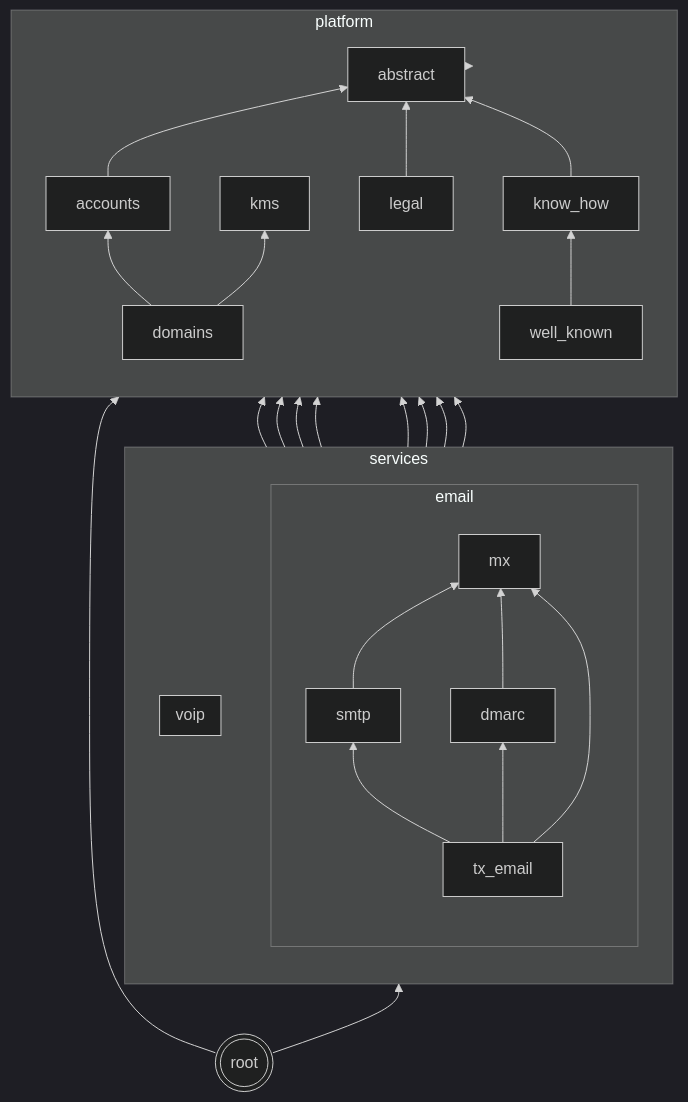
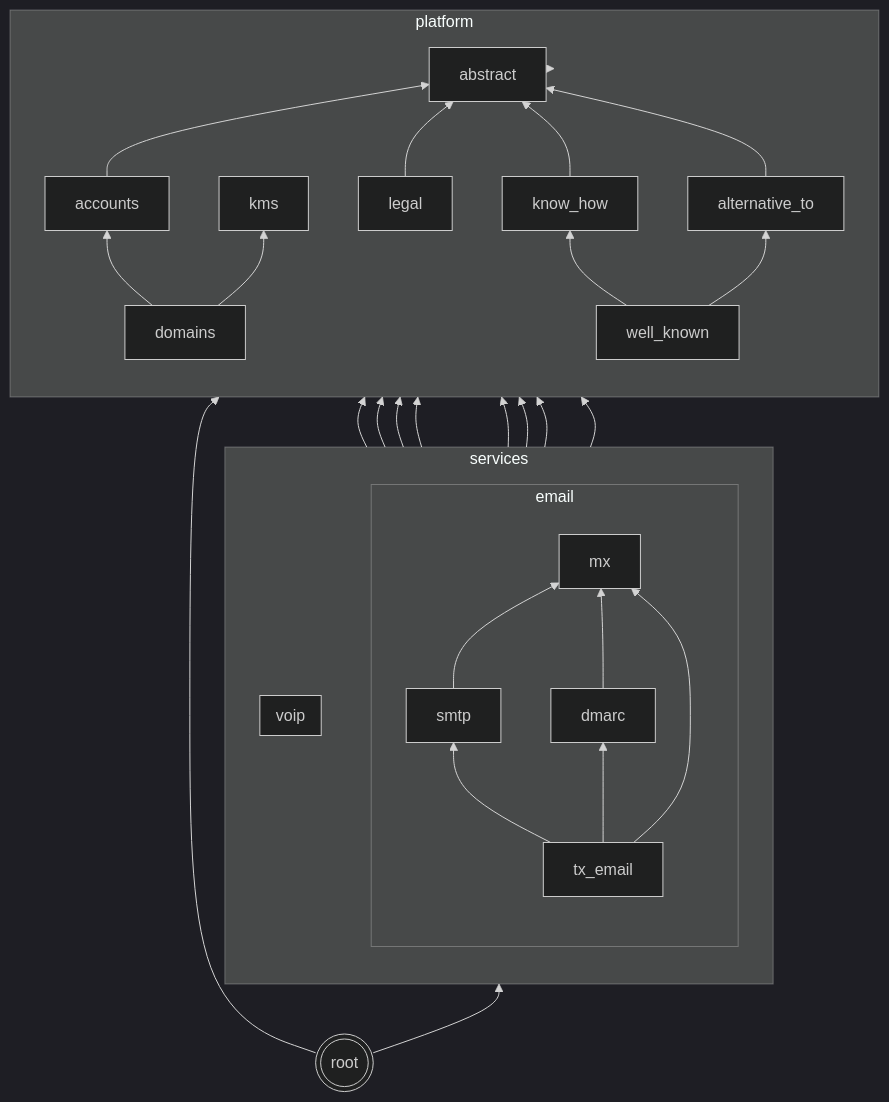
One commit to codingjoe/relay changed the diagram in README.md. Above: the diagram before and after it, drawn with Mermaid (dark theme). The commit also changed 24 other files, not shown here.

````diff
--- a/README.md
+++ b/README.md
@@ -144,49 +144,52 @@
 ```mermaid
 graph BT
  abstract[abstract];
  kms[kms];
  subgraph platform
  direction BT
  accounts
  domains
  know_how[know_how]
+ alternative_to[alternative_to]
  legal
  well_known[well_known]
  domains --> accounts
  accounts --> abstract
  domains --> kms
  legal --> abstract
  know_how --> abstract
+ alternative_to --> abstract
  well_known --> know_how
+ well_known --> alternative_to
  end
  subgraph services
  direction BT
  subgraph email
  direction BT
  tx_email[tx_email]
  smtp
  mx
  dmarc
  smtp --> accounts
  smtp --> domains
  smtp --> mx
  mx --> accounts
  mx --> domains
  mx --> kms
  dmarc --> accounts
  dmarc --> domains
  dmarc --> mx
  tx_email --> smtp
  tx_email --> mx
  tx_email --> dmarc
  end
  subgraph voip
  direction BT
  end
  end
  services --> platform;
  platform --> abstract;
  root --> services;
  root --> platform;
  root(((root)))
 ```
````
